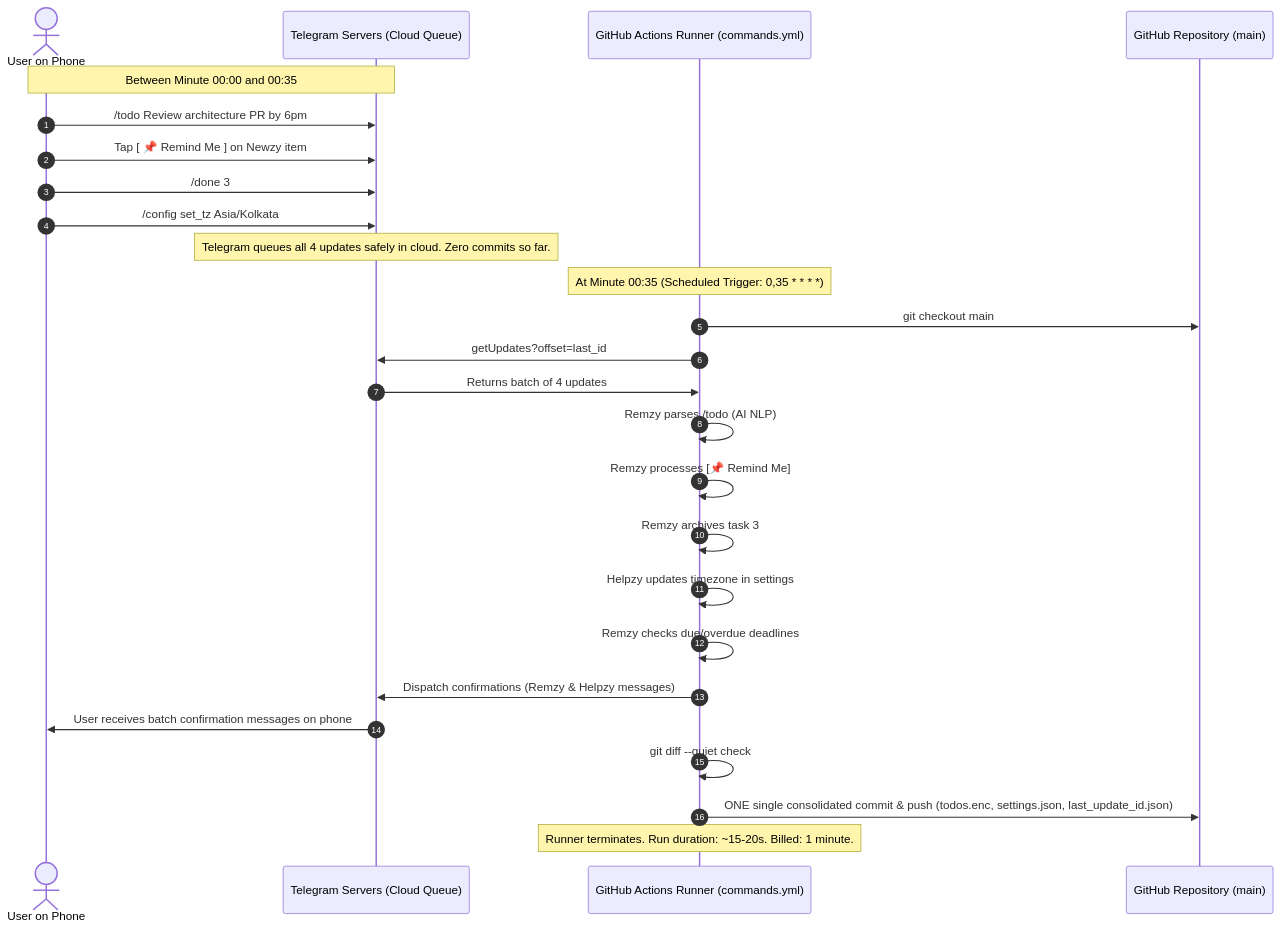
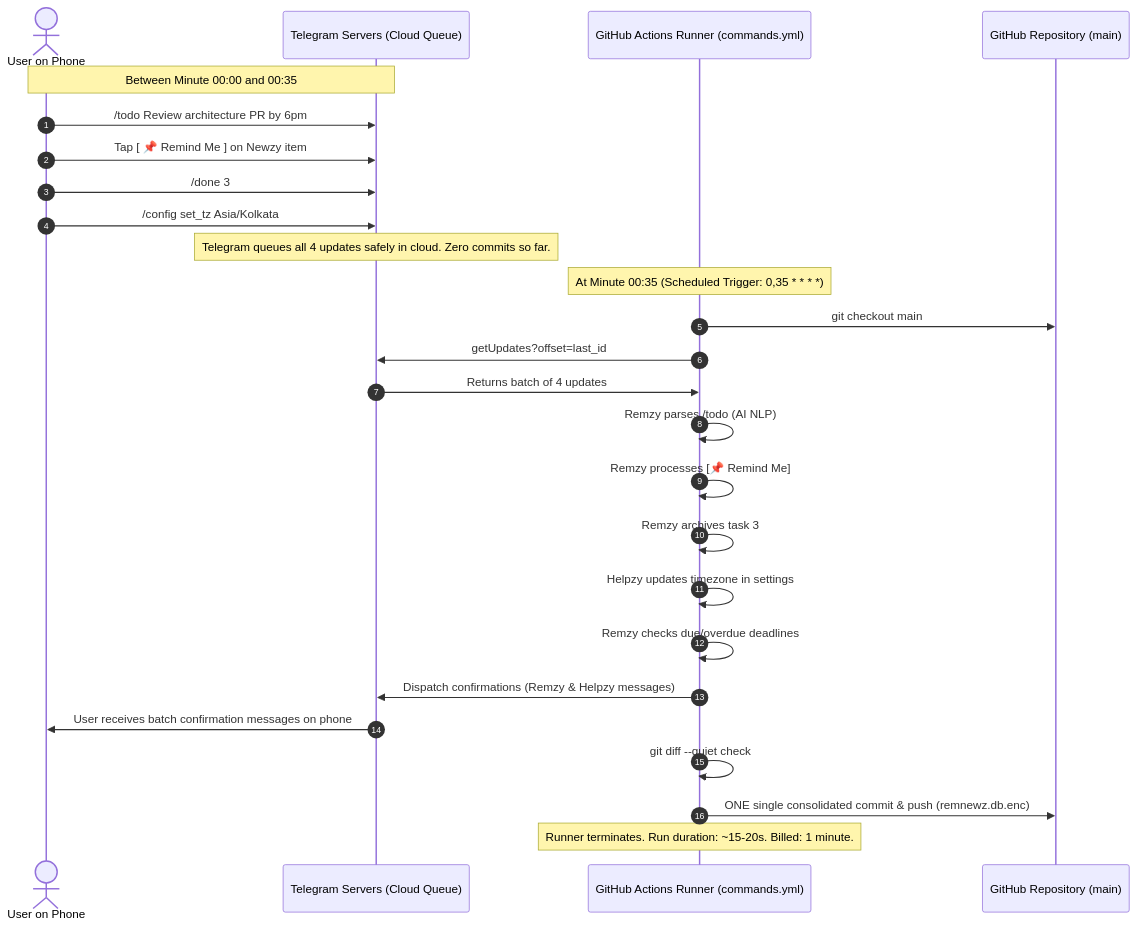
The third of 3 diagrams in Project Docs/Architecture.md (joydeepd900/RemNewz), drawn with Mermaid before and after one commit. The commit also changed other lines of this file and 4 other files, not shown here.

````diff
--- a/Project Docs/Architecture.md
+++ b/Project Docs/Architecture.md
@@ -226,33 +226,33 @@
 ```mermaid
 sequenceDiagram
     autonumber
     actor User as User on Phone
     participant TG as Telegram Servers (Cloud Queue)
     participant Runner as GitHub Actions Runner (commands.yml)
     participant Git as GitHub Repository (main)
 
     Note over User,TG: Between Minute 00:00 and 00:35
     User->>TG: /todo Review architecture PR by 6pm
     User->>TG: Tap [ 📌 Remind Me ] on Newzy item
     User->>TG: /done 3
     User->>TG: /config set_tz Asia/Kolkata
     Note over TG: Telegram queues all 4 updates safely in cloud. Zero commits so far.
 
     Note over Runner: At Minute 00:35 (Scheduled Trigger: 0,35 * * * *)
     Runner->>Git: git checkout main
     Runner->>TG: getUpdates?offset=last_id
     TG->>Runner: Returns batch of 4 updates
     
     Runner->>Runner: Remzy parses /todo (AI NLP)
     Runner->>Runner: Remzy processes [📌 Remind Me]
     Runner->>Runner: Remzy archives task 3
     Runner->>Runner: Helpzy updates timezone in settings
     Runner->>Runner: Remzy checks due/overdue deadlines
 
     Runner->>TG: Dispatch confirmations (Remzy & Helpzy messages)
     TG->>User: User receives batch confirmation messages on phone
 
     Runner->>Runner: git diff --quiet check
-    Runner->>Git: ONE single consolidated commit & push (todos.enc, settings.json, last_update_id.json)
+    Runner->>Git: ONE single consolidated commit & push (remnewz.db.enc)
     Note over Runner: Runner terminates. Run duration: ~15-20s. Billed: 1 minute.
 ```
````
